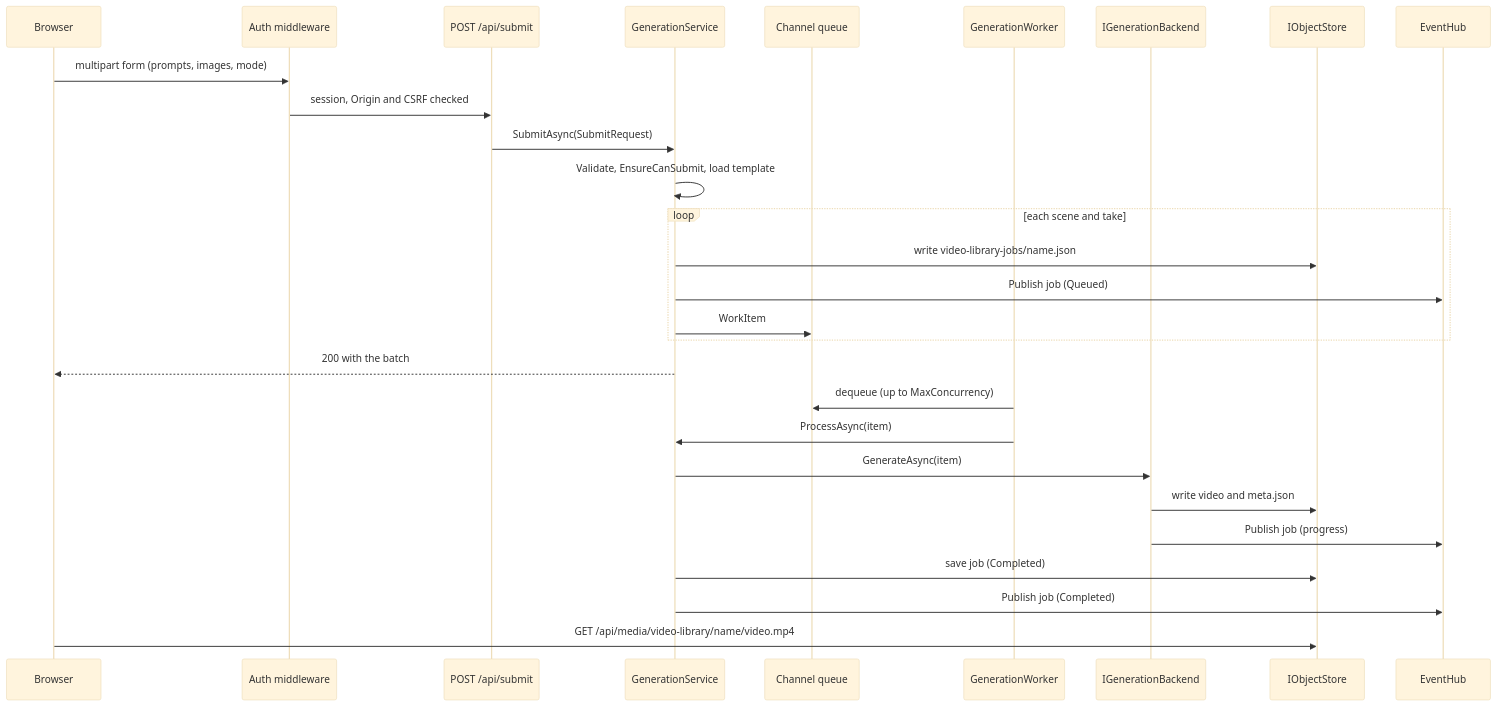
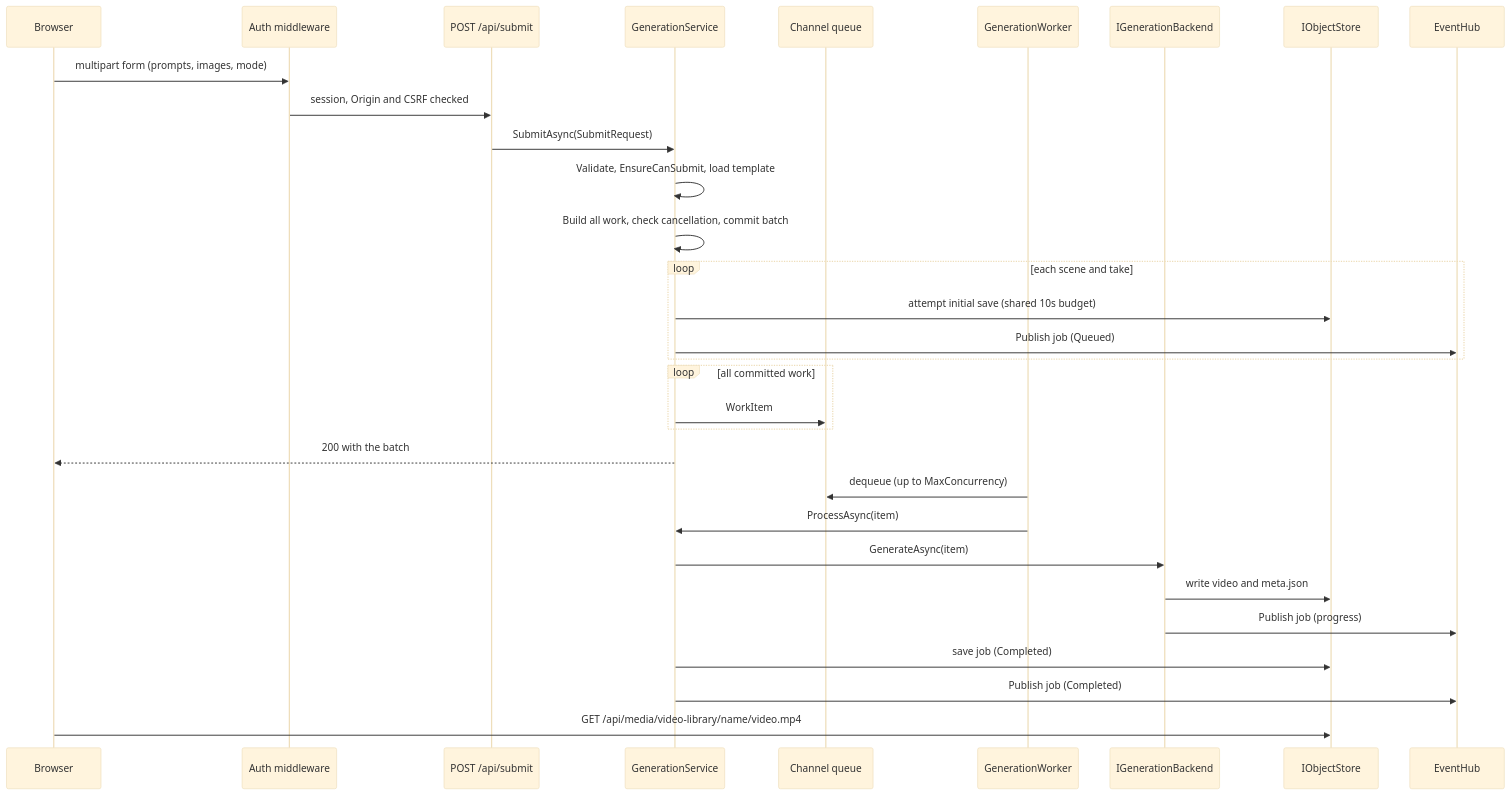
The diagram in docs-site/docs/architecture/request-flow.mdx (seiggy/wan-safety-studio), drawn with Mermaid (base theme) before and after one commit. The commit also changed other lines of this file and 74 other files, not shown here.

````diff
--- a/docs-site/docs/architecture/request-flow.mdx
+++ b/docs-site/docs/architecture/request-flow.mdx
@@ -18,31 +18,34 @@
 ```mermaid
 sequenceDiagram
   participant B as Browser
   participant A as Auth middleware
   participant E as POST /api/submit
   participant S as GenerationService
   participant Q as Channel queue
   participant W as GenerationWorker
   participant K as IGenerationBackend
   participant O as IObjectStore
   participant H as EventHub
 
   B->>A: multipart form (prompts, images, mode)
   A->>E: session, Origin and CSRF checked
   E->>S: SubmitAsync(SubmitRequest)
   S->>S: Validate, EnsureCanSubmit, load template
+  S->>S: Build all work, check cancellation, commit batch
   loop each scene and take
-    S->>O: write video-library-jobs/name.json
+    S->>O: attempt initial save (shared 10s budget)
     S->>H: Publish job (Queued)
+  end
+  loop all committed work
     S->>Q: WorkItem
   end
   S-->>B: 200 with the batch
   W->>Q: dequeue (up to MaxConcurrency)
   W->>S: ProcessAsync(item)
   S->>K: GenerateAsync(item)
   K->>O: write video and meta.json
   K->>H: Publish job (progress)
   S->>O: save job (Completed)
   S->>H: Publish job (Completed)
   B->>O: GET /api/media/video-library/name/video.mp4
 ```
````
